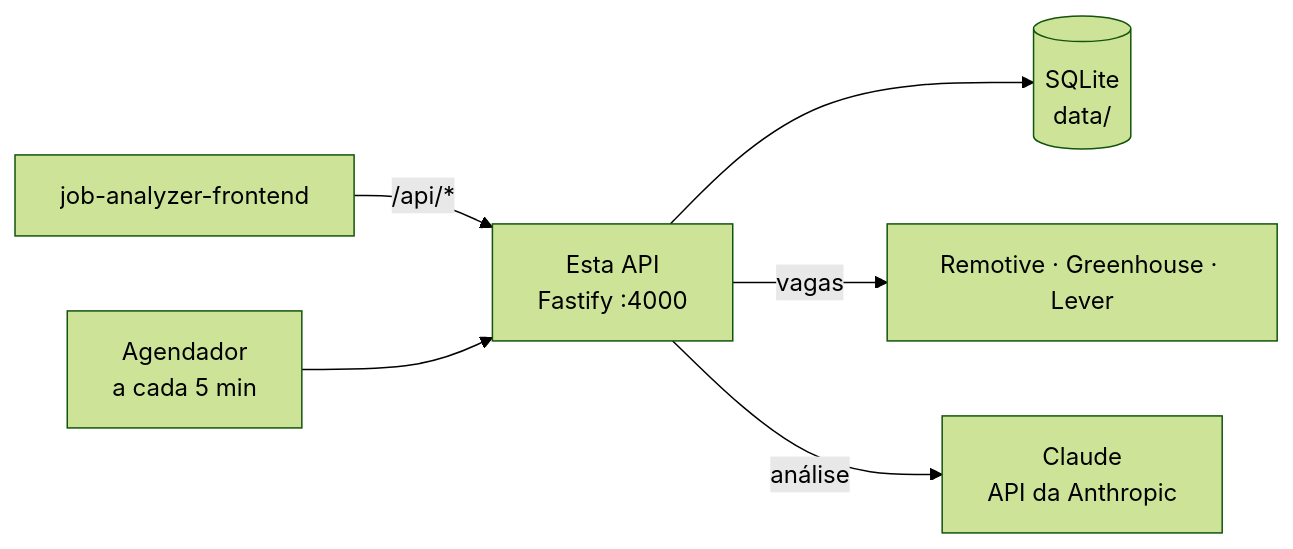
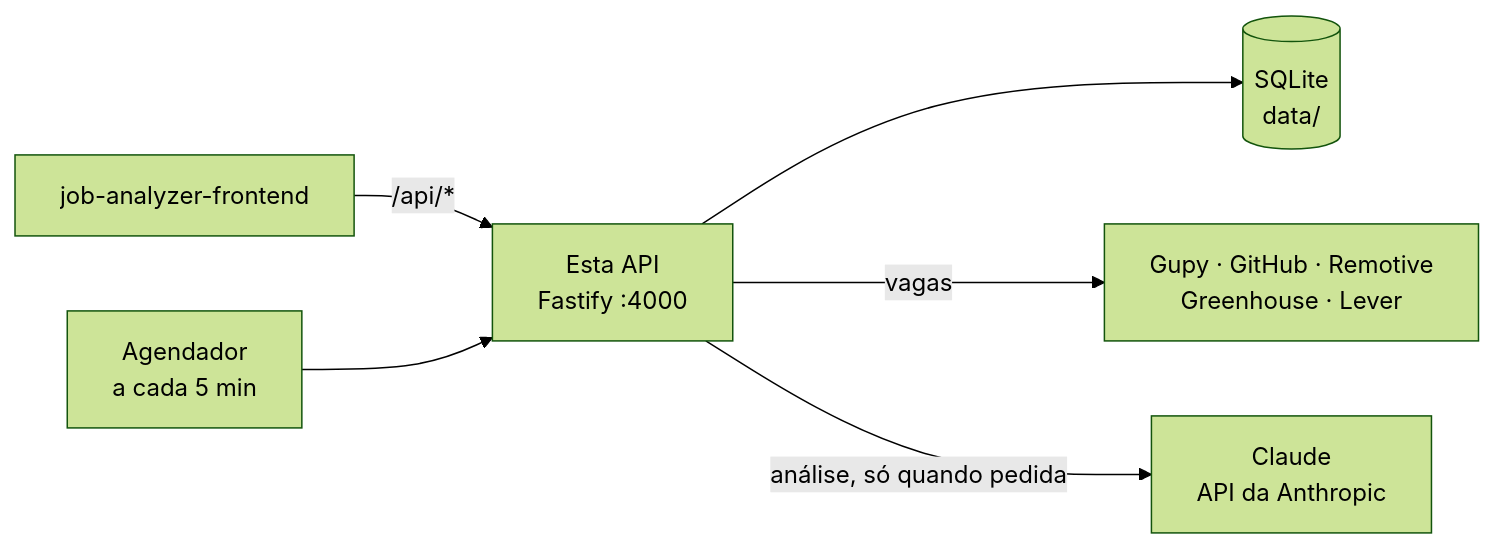
One commit to Muhhzx/job-analyzer-backend changed the first of 2 diagrams in README.md. Above: the diagram before and after it, drawn with Mermaid (forest theme). The commit also changed other lines of this file, not shown here.

````diff
--- a/README.md
+++ b/README.md
@@ -26,8 +26,8 @@
 ```mermaid
 flowchart LR
     FE[job-analyzer-frontend] -->|/api/*| BE[Esta API<br/>Fastify :4000]
     BE --> DB[(SQLite<br/>data/)]
-    BE -->|vagas| SRC[Remotive · Greenhouse · Lever]
-    BE -->|análise| AI[Claude<br/>API da Anthropic]
+    BE -->|vagas| SRC[Gupy · GitHub · Remotive<br/>Greenhouse · Lever]
+    BE -->|análise, só quando pedida| AI[Claude<br/>API da Anthropic]
     SCH[Agendador<br/>a cada 5 min] --> BE
 ```
````
